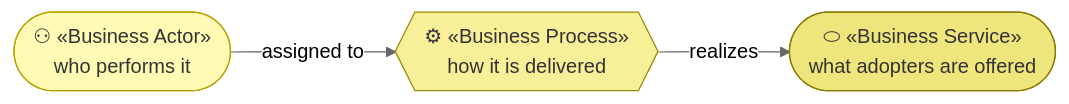
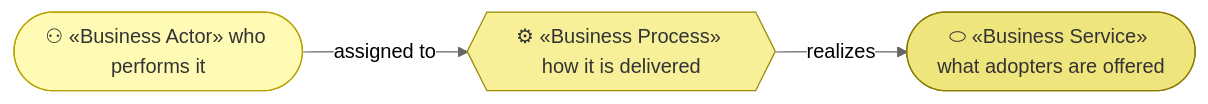
Before and after one commit to roanboc/architecture-archreator: the first of 3 diagrams in product-archreator/site/architecture/2_business/2_business-services.md, drawn with Mermaid (neutral theme). The commit also changed other lines of this file and 38 other files, not shown here.

````diff
--- a/product-archreator/site/architecture/2_business/2_business-services.md
+++ b/product-archreator/site/architecture/2_business/2_business-services.md
@@ -9,13 +9,13 @@
 ```mermaid
 flowchart LR
-  svc(["⬭ «Business Service»<br>what adopters are offered"]):::service
-  proc{{"⚙ «Business Process»<br>how it is delivered"}}:::process
-  act(["⚇ «Business Actor»<br>who performs it"]):::actor
+  svc(["⬭ «Business Service» what adopters are offered"]):::service
+  proc{{"⚙ «Business Process» how it is delivered"}}:::process
+  act(["⚇ «Business Actor» who performs it"]):::actor
 
   proc -->|realizes| svc
   act -->|assigned to| proc
 
   classDef service fill:#efe57d,stroke:#8a7a00,color:#333
   classDef process fill:#f7f099,stroke:#9a8800,color:#333
   classDef actor fill:#fffbb5,stroke:#b8a200,color:#333
 ```
````
